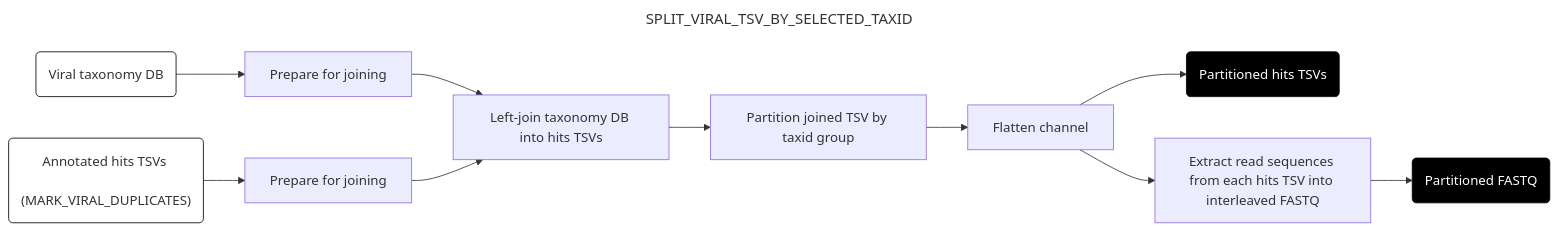
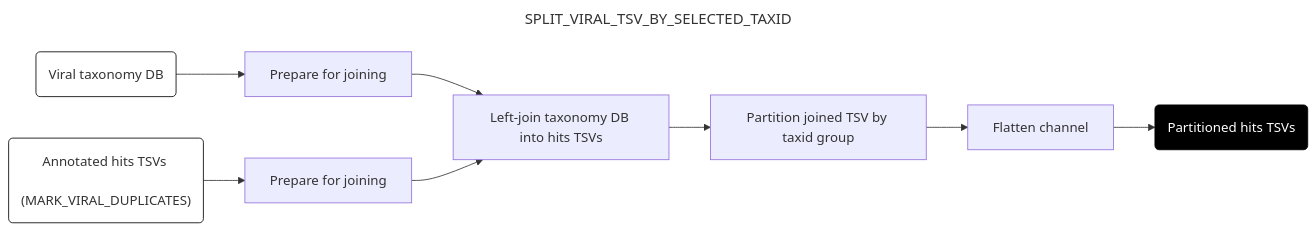
Before and after one commit to securebio/nao-mgs-workflow: the sixth of 10 diagrams in docs/downstream.md, drawn with Mermaid. The commit also changed other lines of this file and 67 other files, not shown here.

````diff
--- a/docs/downstream.md
+++ b/docs/downstream.md
@@ -333,21 +355,18 @@
 ```mermaid
 ---
 title: SPLIT_VIRAL_TSV_BY_SELECTED_TAXID
 config:
   layout: horizontal
 ---
 flowchart LR
 A("Viral taxonomy DB") --> B[Prepare for joining]
 C("Annotated hits TSVs <br> (MARK_VIRAL_DUPLICATES)") --> D[Prepare for joining]
 B --> E[Left-join taxonomy DB into hits TSVs]
 D --> E
 E --> F[Partition joined TSV by taxid group]
 F --> G[Flatten channel]
 G --> H(Partitioned hits TSVs)
-G --> I[Extract read sequences from each hits TSV into interleaved FASTQ]
-I --> J(Partitioned FASTQ)
 style A fill:#fff,stroke:#000
 style C fill:#fff,stroke:#000
 style H fill:#000,color:#fff,stroke:#000
-style J fill:#000,color:#fff,stroke:#000
 ```
````
